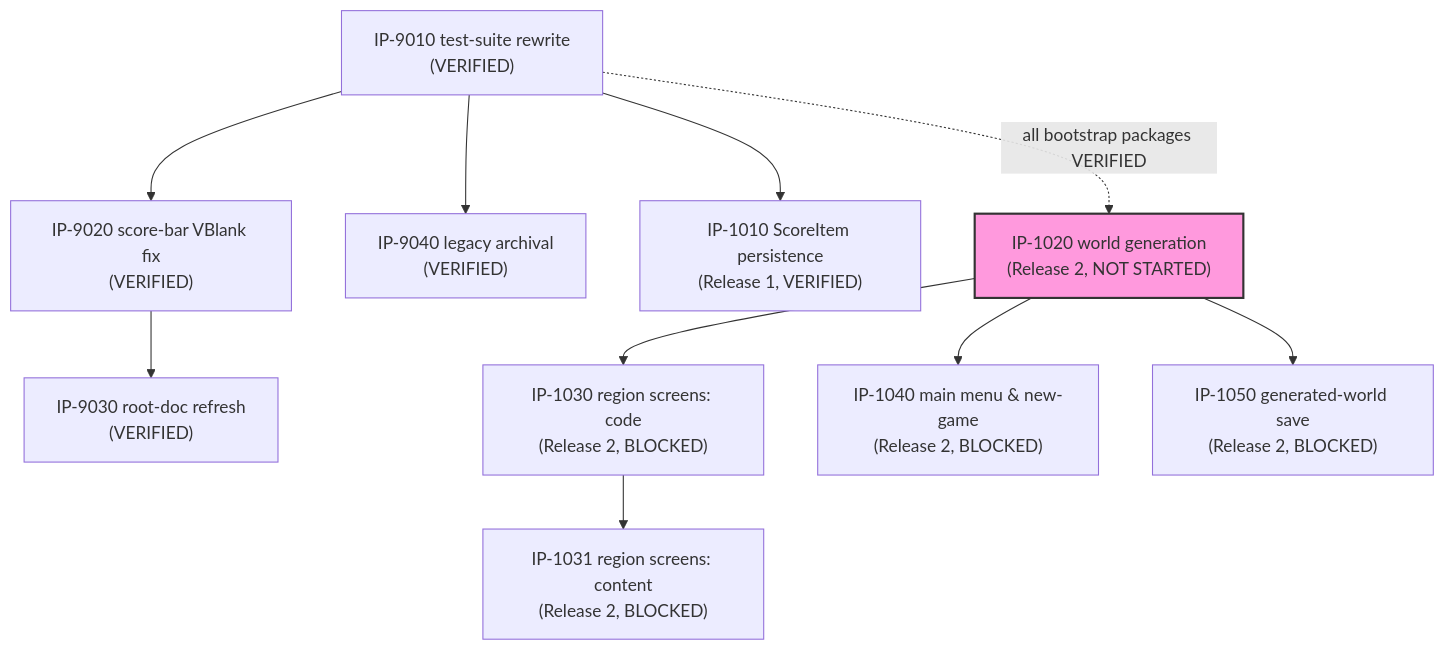
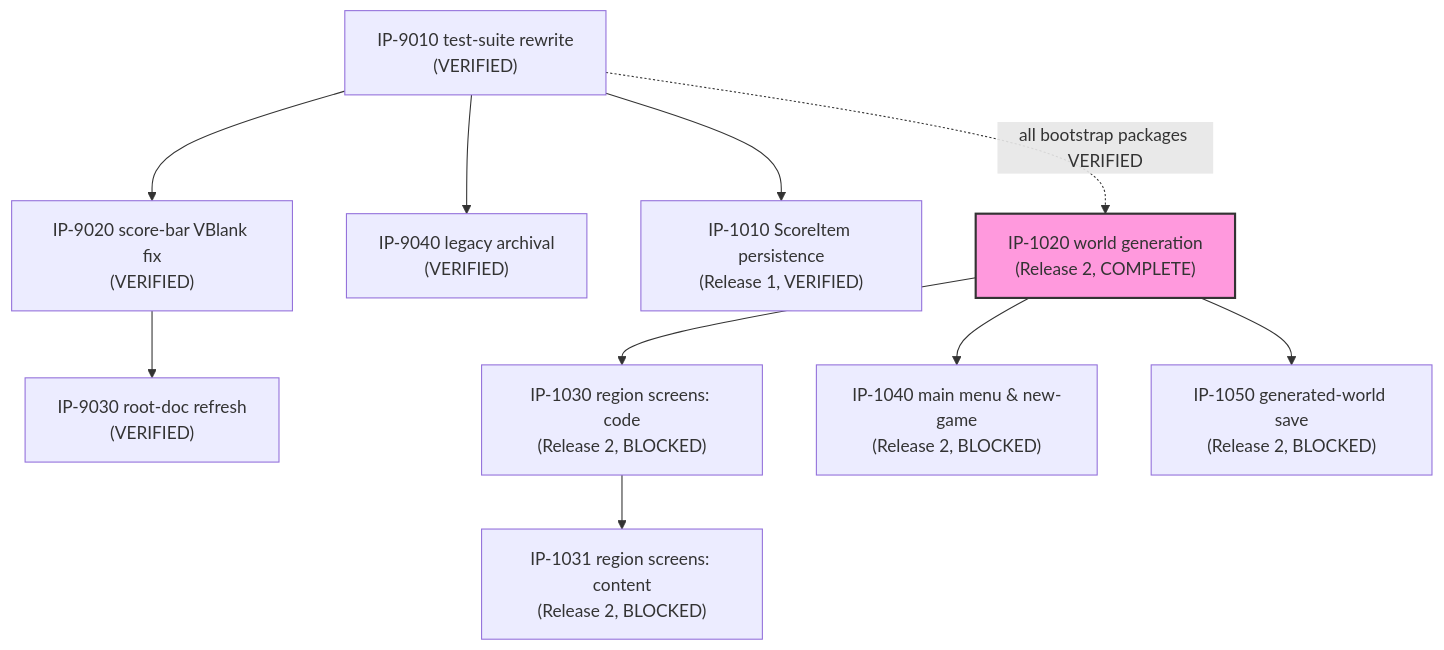
The diagram in docs/implementation/00-master-build-plan.md (Zabin/RsGame), drawn with Mermaid before and after one commit. The commit also changed other lines of this file and 10 other files, not shown here.

````diff
--- a/docs/implementation/00-master-build-plan.md
+++ b/docs/implementation/00-master-build-plan.md
@@ -38,25 +38,25 @@
 ```mermaid
 graph TD
     IP9010["IP-9010 test-suite rewrite<br/>(VERIFIED)"]
     IP9020["IP-9020 score-bar VBlank fix<br/>(VERIFIED)"]
     IP9030["IP-9030 root-doc refresh<br/>(VERIFIED)"]
     IP9040["IP-9040 legacy archival<br/>(VERIFIED)"]
     IP1010["IP-1010 ScoreItem persistence<br/>(Release 1, VERIFIED)"]
     IP9010 --> IP9020
     IP9010 --> IP9040
     IP9010 --> IP1010
     IP9020 --> IP9030
 
-    IP1020["IP-1020 world generation<br/>(Release 2, NOT STARTED)"]
+    IP1020["IP-1020 world generation<br/>(Release 2, COMPLETE)"]
     IP1030["IP-1030 region screens: code<br/>(Release 2, BLOCKED)"]
     IP1031["IP-1031 region screens: content<br/>(Release 2, BLOCKED)"]
     IP1040["IP-1040 main menu & new-game<br/>(Release 2, BLOCKED)"]
     IP1050["IP-1050 generated-world save<br/>(Release 2, BLOCKED)"]
     IP9010 -.all bootstrap packages VERIFIED.-> IP1020
     IP1020 --> IP1030
     IP1030 --> IP1031
     IP1020 --> IP1040
     IP1020 --> IP1050
 
     style IP1020 fill:#f9d,stroke:#333,stroke-width:2px
 ```
````
